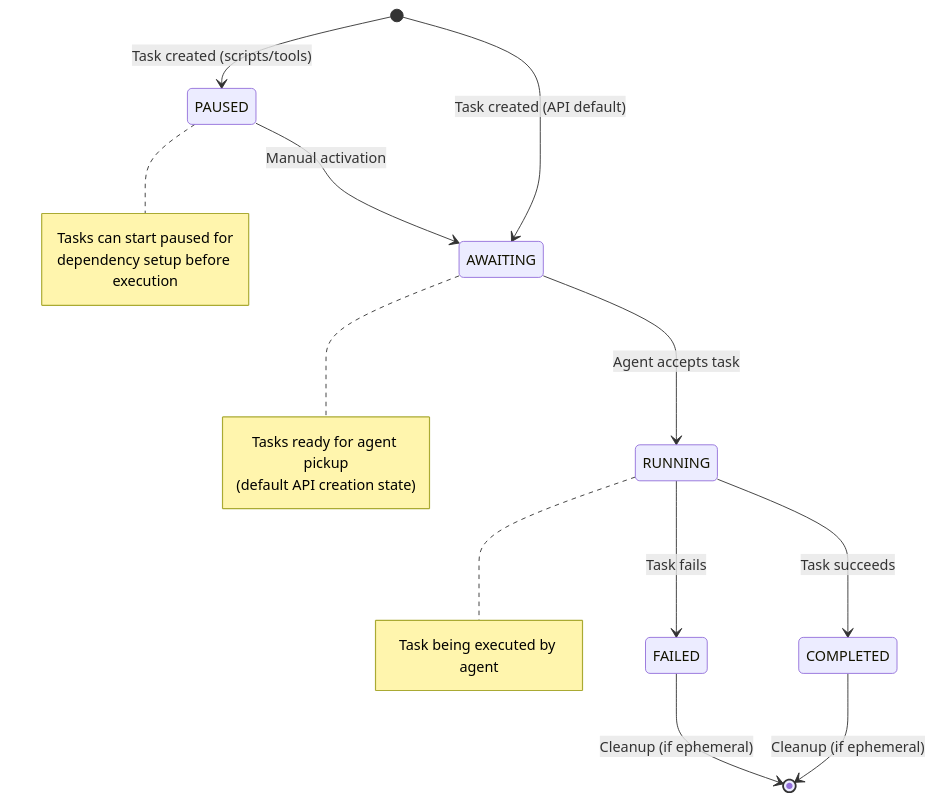
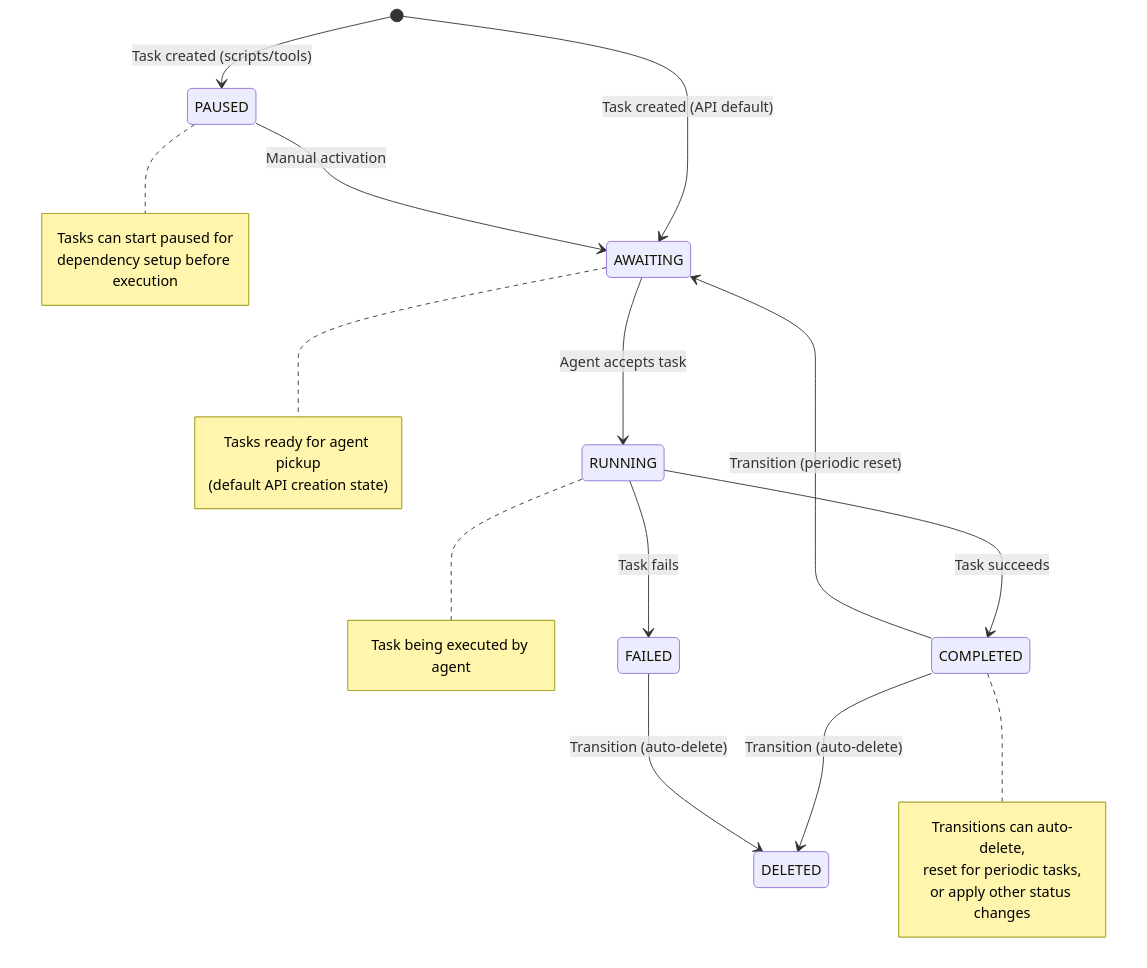
One commit to jorisvddonk/sheetbot changed the third of 4 diagrams in README.md. Above: the diagram before and after it, drawn with Mermaid. The commit also changed other lines of this file and 12 other files, not shown here.

````diff
--- a/README.md
+++ b/README.md
@@ -82,22 +76,28 @@
 ```mermaid
 stateDiagram-v2
     [*] --> PAUSED : Task created (scripts/tools)
     [*] --> AWAITING : Task created (API default)
     PAUSED --> AWAITING : Manual activation
     AWAITING --> RUNNING : Agent accepts task
     RUNNING --> COMPLETED : Task succeeds
     RUNNING --> FAILED : Task fails
-    COMPLETED --> [*] : Cleanup (if ephemeral)
-    FAILED --> [*] : Cleanup (if ephemeral)
+    COMPLETED --> DELETED : Transition (auto-delete)
+    FAILED --> DELETED : Transition (auto-delete)
+    COMPLETED --> AWAITING : Transition (periodic reset)
     note right of PAUSED
         Tasks can start paused for
         dependency setup before execution
     end note
     note right of AWAITING
         Tasks ready for agent pickup
         (default API creation state)
     end note
     note right of RUNNING
         Task being executed by agent
     end note
+    note right of COMPLETED
+        Transitions can auto-delete,
+        reset for periodic tasks,
+        or apply other status changes
+    end note
 ```
````
